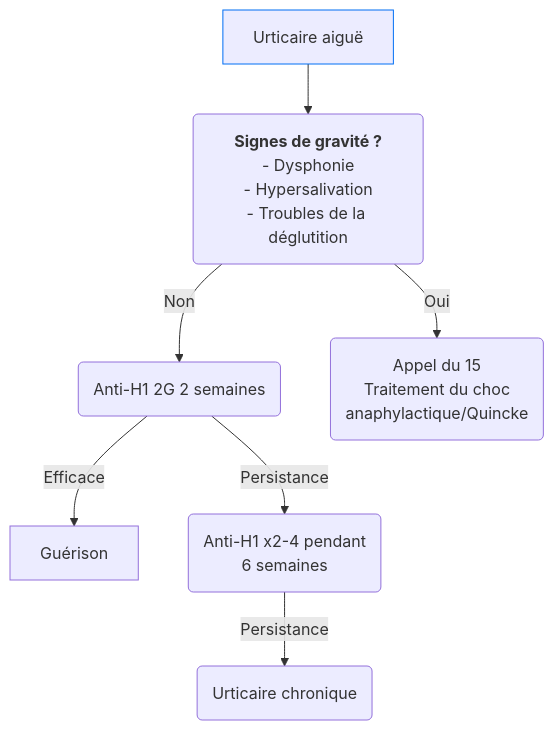
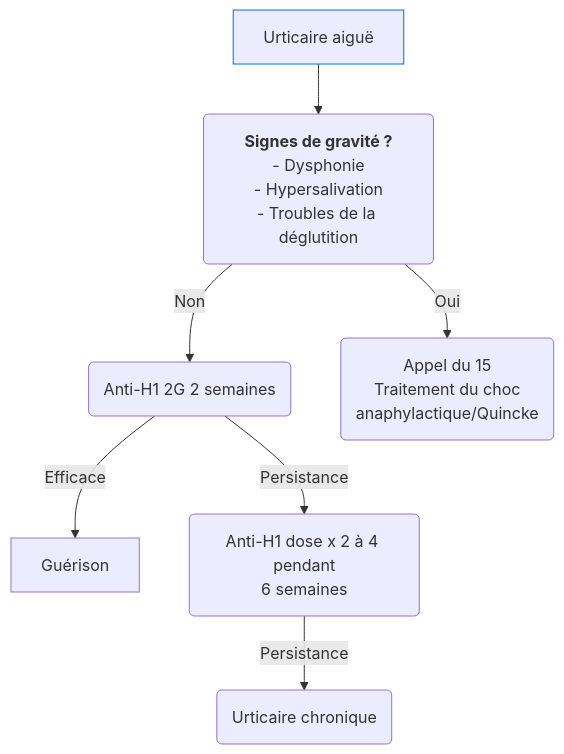
One commit to djibe/recommandations-medicales changed the first of 2 diagrams in content/recommandations/urticaire.md. Above: the diagram before and after it, drawn with Mermaid. The commit also changed other lines of this file and 7 other files, not shown here.

```diff
--- a/content/recommandations/urticaire.md
+++ b/content/recommandations/urticaire.md
@@ -369,9 +374,9 @@
 {{< mermaid title="Conduite à tenir devant une urticaire aiguë. Dr JB FRON d'après CEILF" >}}
 graph TB
-  UA["Urticaire aiguë"] --> gravite("<b>Signes de gravité ?</b><br>- Dysphonie<br>- Hypersalivation<br>- Troubles de la déglutition")
+  UA[Urticaire aiguë] --> gravite("<b>Signes de gravité ?</b><br>- Dysphonie<br>- Hypersalivation<br>- Troubles de la déglutition")
   style UA stroke:#006ef4, stroke-width:1px
-    gravite -- Non --> tttUA("Anti-H1 2G 2 semaines")
+    gravite -- Non --> tttUA(Anti-H1 2G 2 semaines)
       tttUA -- Efficace --> Guérison
-      tttUA -- Persistance --> prolongation("Anti-H1 x2-4 pendant<br>6 semaines") -- Persistance --> UC(Urticaire chronique)
+      tttUA -- Persistance --> prolongation("Anti-H1 dose x 2 à 4 pendant<br>6 semaines") -- Persistance --> UC(Urticaire chronique)
     gravite -- Oui --> urgence("Appel du 15<br>Traitement du choc<br>anaphylactique/Quincke")
 {{< /mermaid >}}
```
